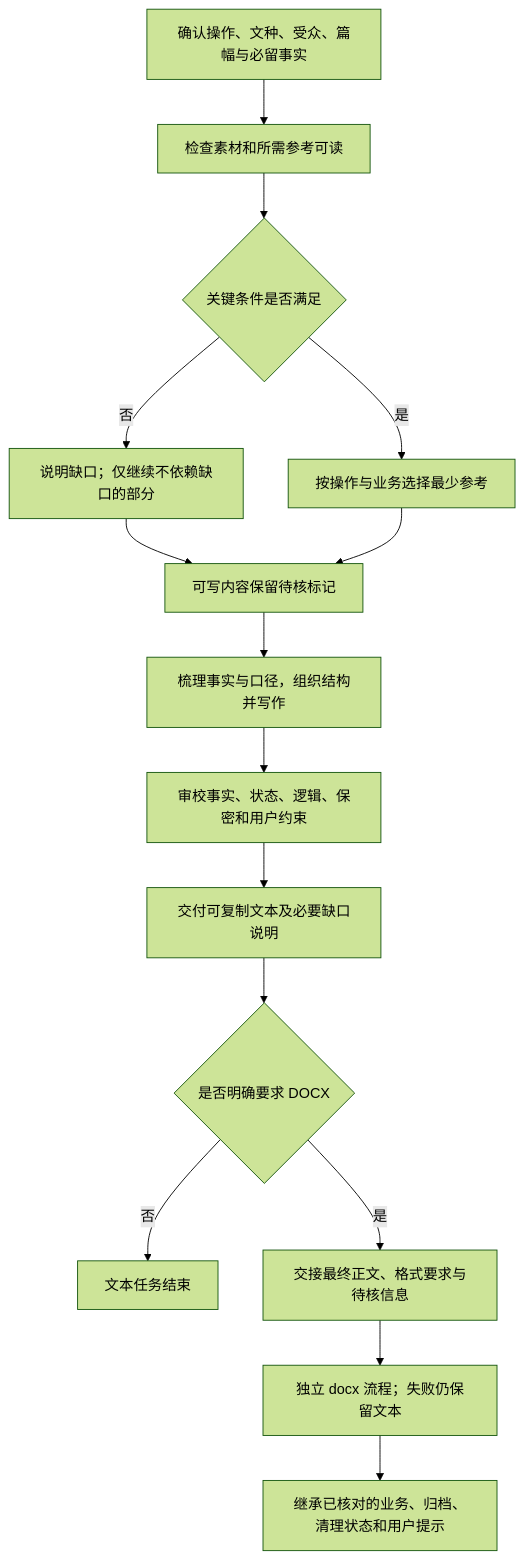
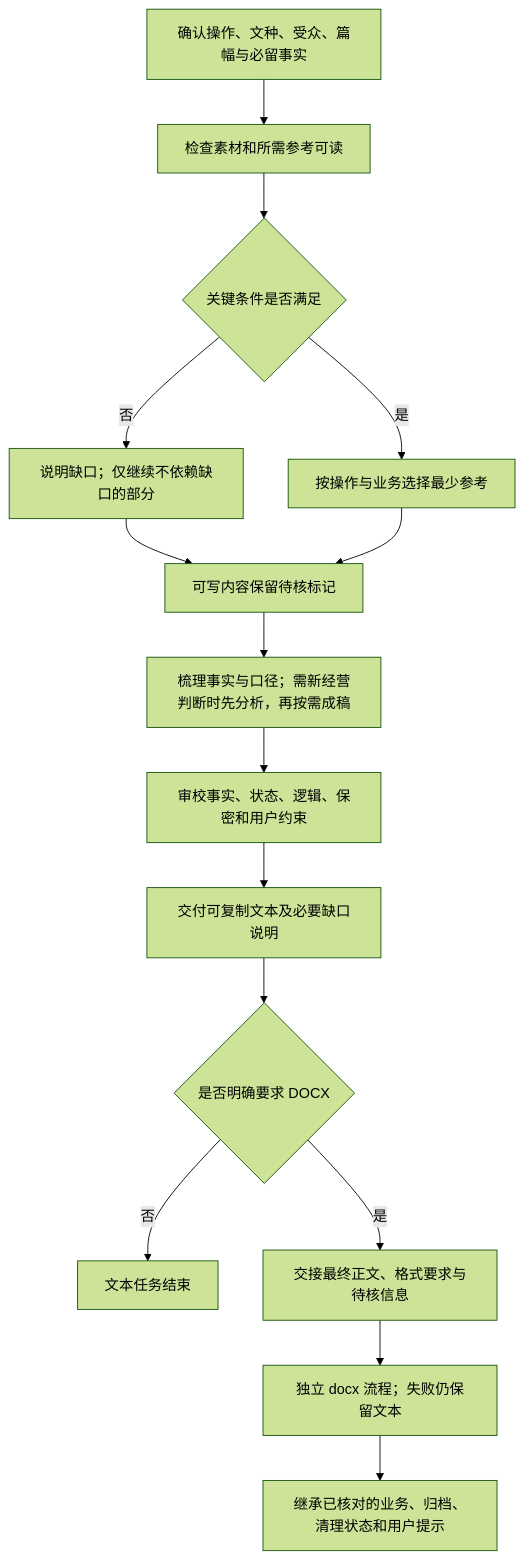
One commit to JohnParken/PSL-SKILLS changed the second of 2 diagrams in docs/skills/bank-writing.md. Above: the diagram before and after it, drawn with Mermaid (forest theme). The commit also changed other lines of this file and 7 other files, not shown here.

````diff
--- a/docs/skills/bank-writing.md
+++ b/docs/skills/bank-writing.md
@@ -70,17 +73,17 @@
 ```mermaid
 flowchart TD
     A["确认操作、文种、受众、篇幅与必留事实"] --> B["检查素材和所需参考可读"]
     B --> C{"关键条件是否满足"}
     C -->|"否"| D["说明缺口；仅继续不依赖缺口的部分"]
     C -->|"是"| E["按操作与业务选择最少参考"]
     D --> F["可写内容保留待核标记"]
     E --> F
-    F --> G["梳理事实与口径，组织结构并写作"]
+    F --> G["梳理事实与口径；需新经营判断时先分析，再按需成稿"]
     G --> H["审校事实、状态、逻辑、保密和用户约束"]
     H --> I["交付可复制文本及必要缺口说明"]
     I --> J{"是否明确要求 DOCX"}
     J -->|"否"| K["文本任务结束"]
     J -->|"是"| L["交接最终正文、格式要求与待核信息"]
     L --> M["独立 docx 流程；失败仍保留文本"]
     M --> N["继承已核对的业务、归档、清理状态和用户提示"]
 ```
````
